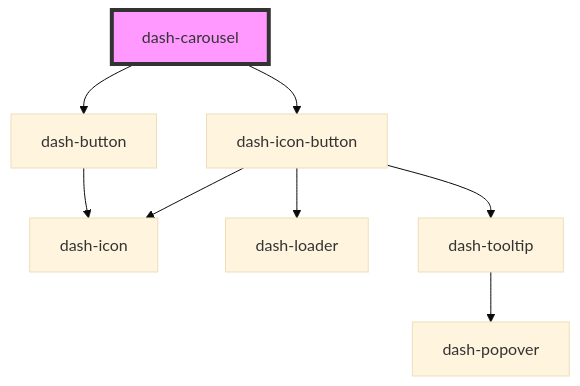
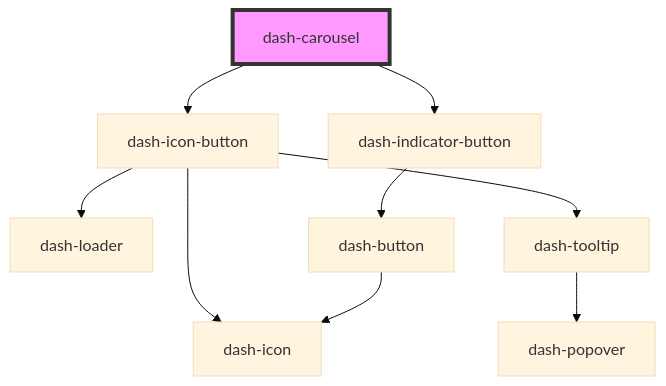
One commit to jmanke/dash changed the diagram in packages/dash-components/src/components/dash-carousel/readme.md. Above: the diagram before and after it, drawn with Mermaid (base theme). The commit also changed other lines of this file and 10 other files, not shown here.

````diff
--- a/packages/dash-components/src/components/dash-carousel/readme.md
+++ b/packages/dash-components/src/components/dash-carousel/readme.md
@@ -23,11 +30,12 @@
 ```mermaid
 graph TD;
   dash-carousel --> dash-icon-button
-  dash-carousel --> dash-button
+  dash-carousel --> dash-indicator-button
   dash-icon-button --> dash-icon
   dash-icon-button --> dash-loader
   dash-icon-button --> dash-tooltip
   dash-tooltip --> dash-popover
+  dash-indicator-button --> dash-button
   dash-button --> dash-icon
   style dash-carousel fill:#f9f,stroke:#333,stroke-width:4px
 ```
````
